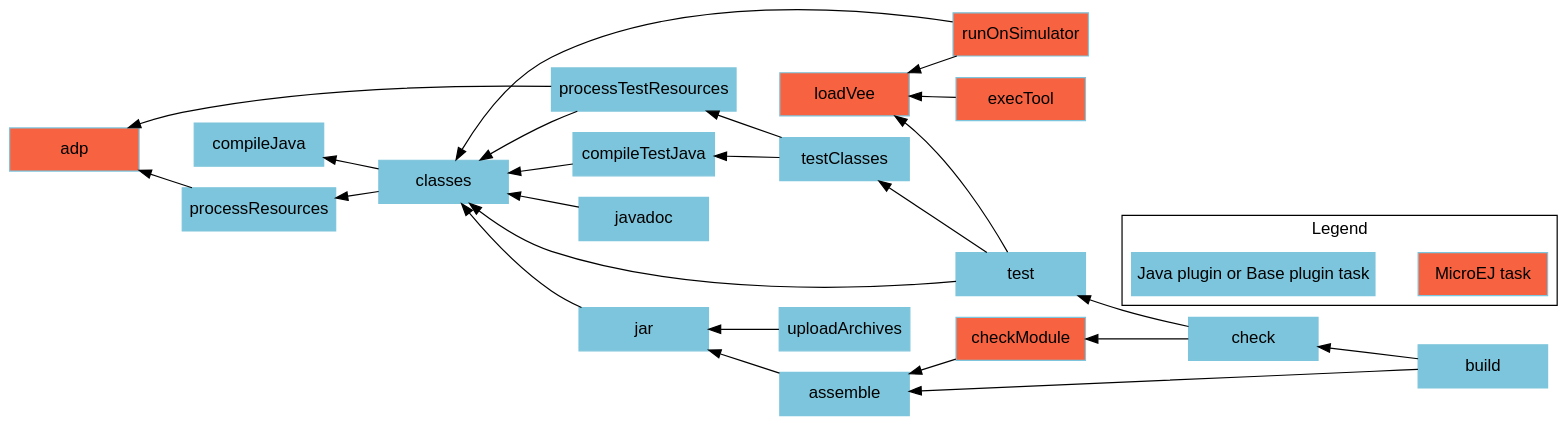
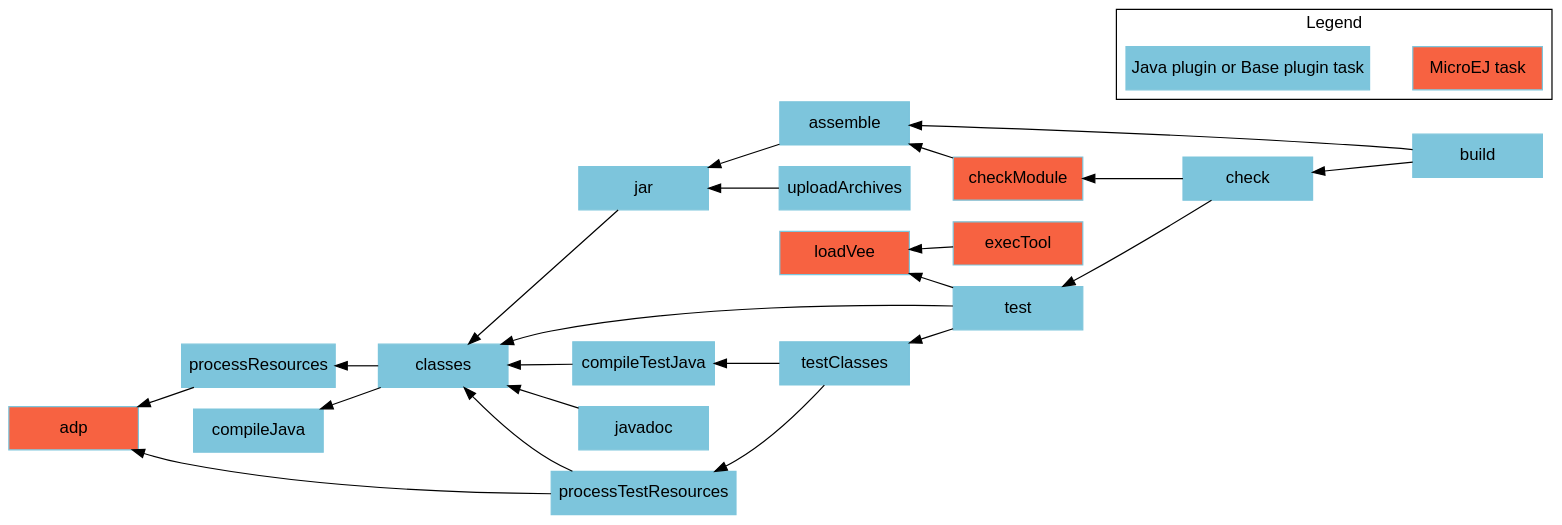
Before and after one commit to MicroEJ/docs: the diagram in SDK6UserGuide/graphAddonLibraryModule.dot, drawn with Graphviz. The commit also changed 6 other files, not shown here.

```diff
--- a/SDK6UserGuide/graphAddonLibraryModule.dot
+++ b/SDK6UserGuide/graphAddonLibraryModule.dot
@@ -1,49 +1,46 @@
 digraph mygraph {
     rankdir="RL";
     bgcolor="transparent"
     fontname="Helvetica,Arial,sans-serif"
     node [
         shape = box
         width = 1.5
         color = "#7dc5dc"
         style = filled
         fontname="Helvetica,Arial,sans-serif"
     ]
     edge [fontname="Helvetica,Arial,sans-serif"]
     "adp" [fillcolor = "#f76241"]
     "checkModule" [fillcolor = "#f76241"]
     "loadVee" [fillcolor = "#f76241"]
-    "runOnSimulator" [fillcolor = "#f76241"]
     "execTool" [fillcolor = "#f76241"]
     "build" -> "check"
     "check" -> "test"
     "test" -> "classes"
     "test" -> "testClasses"
     "test" -> "loadVee"
     "testClasses" -> "compileTestJava"
     "testClasses" -> "processTestResources"
     "processResources" -> "adp"
     "processTestResources" -> "adp"
     "processTestResources" -> "classes"
     "compileTestJava" -> "classes"
     "javadoc" -> "classes"
     "classes" -> "compileJava"
     "classes" -> "processResources"
     "build" -> "assemble"
     "assemble" -> "jar"
     "uploadArchives" -> "jar"
     "jar" -> "classes"
-    "runOnSimulator" -> "classes"
-    "runOnSimulator" -> "loadVee"
     "checkModule" -> "assemble"
     "check" -> "checkModule"
     "execTool" -> "loadVee"
 
     subgraph cluster_legend {
         label="Legend";
         microej [fillcolor="#f76241" label="MicroEJ task"];
         java [fillcolor="#7dc5dc" label="Java plugin or Base plugin task"];
         microej -> java [style=invis];
         java -> microej [style=invis];
     }
 }
```
